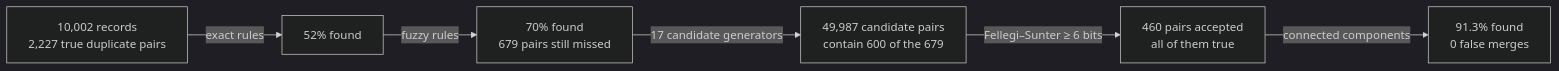
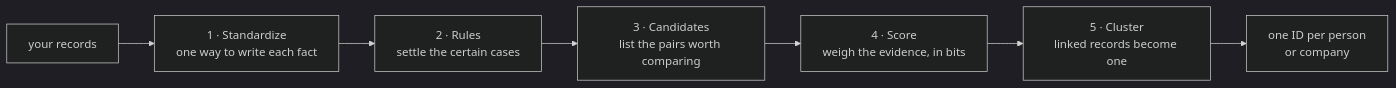
One commit to mvsbm/entity_matching changed the diagram in README.md. Above: the diagram before and after it, drawn with Mermaid (dark theme). The commit also changed other lines of this file and 6 other files, not shown here.

First line of the commit message:
README on one screen; architecture in four views; a usage page

````diff
--- a/README.md
+++ b/README.md
@@ -47,8 +5,9 @@
 ```mermaid
 flowchart LR
-  A["10,002 records<br/>2,227 true duplicate pairs"] -->|"exact rules"| B["52% found"]
-  B -->|"fuzzy rules"| C["70% found<br/>679 pairs still missed"]
-  C -->|"17 candidate generators"| D["49,987 candidate pairs<br/>contain 600 of the 679"]
-  D -->|"Fellegi–Sunter ≥ 6 bits"| E["460 pairs accepted<br/>all of them true"]
-  E -->|"connected components"| F["91.3% found<br/>0 false merges"]
+  A["your records"] --> S["1 · Standardize<br/>one way to write each fact"]
+  S --> R["2 · Rules<br/>settle the certain cases"]
+  R --> C["3 · Candidates<br/>list the pairs worth comparing"]
+  C --> F["4 · Score<br/>weigh the evidence, in bits"]
+  F --> G["5 · Cluster<br/>linked records become one"]
+  G --> O["one ID per person<br/>or company"]
 ```
````
